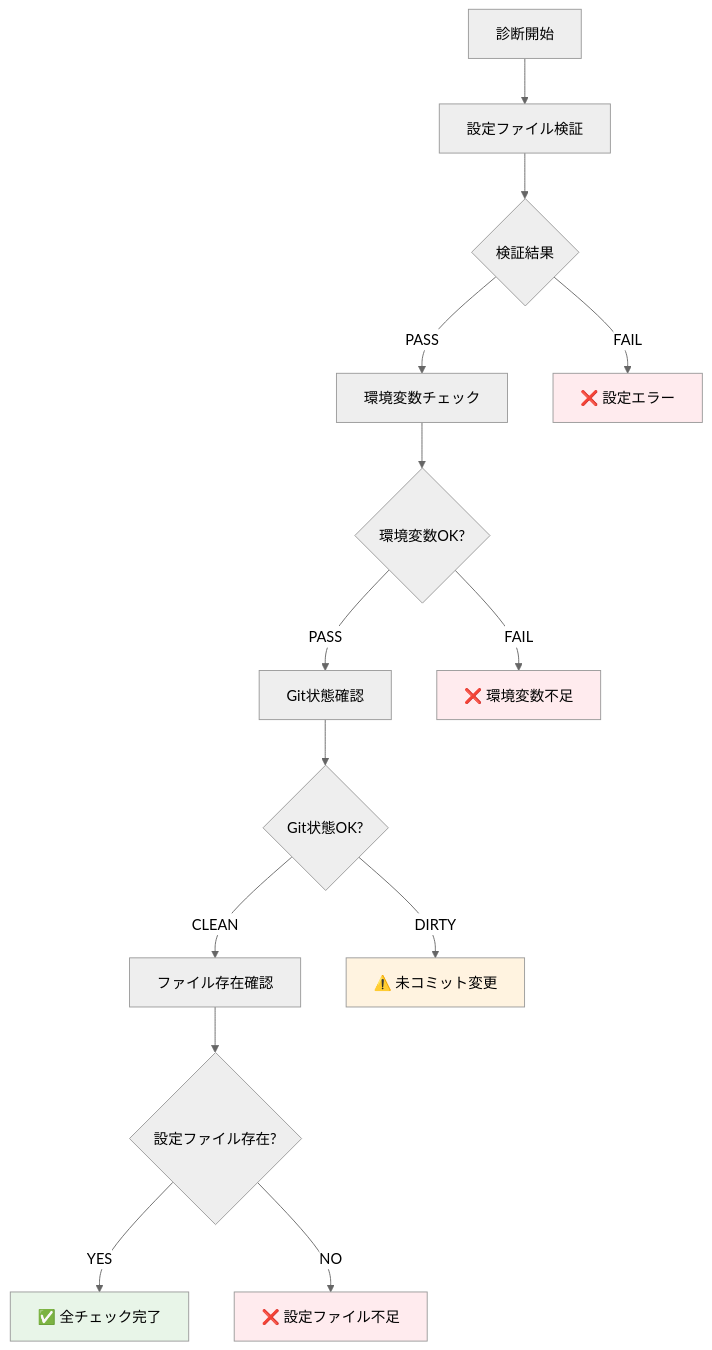
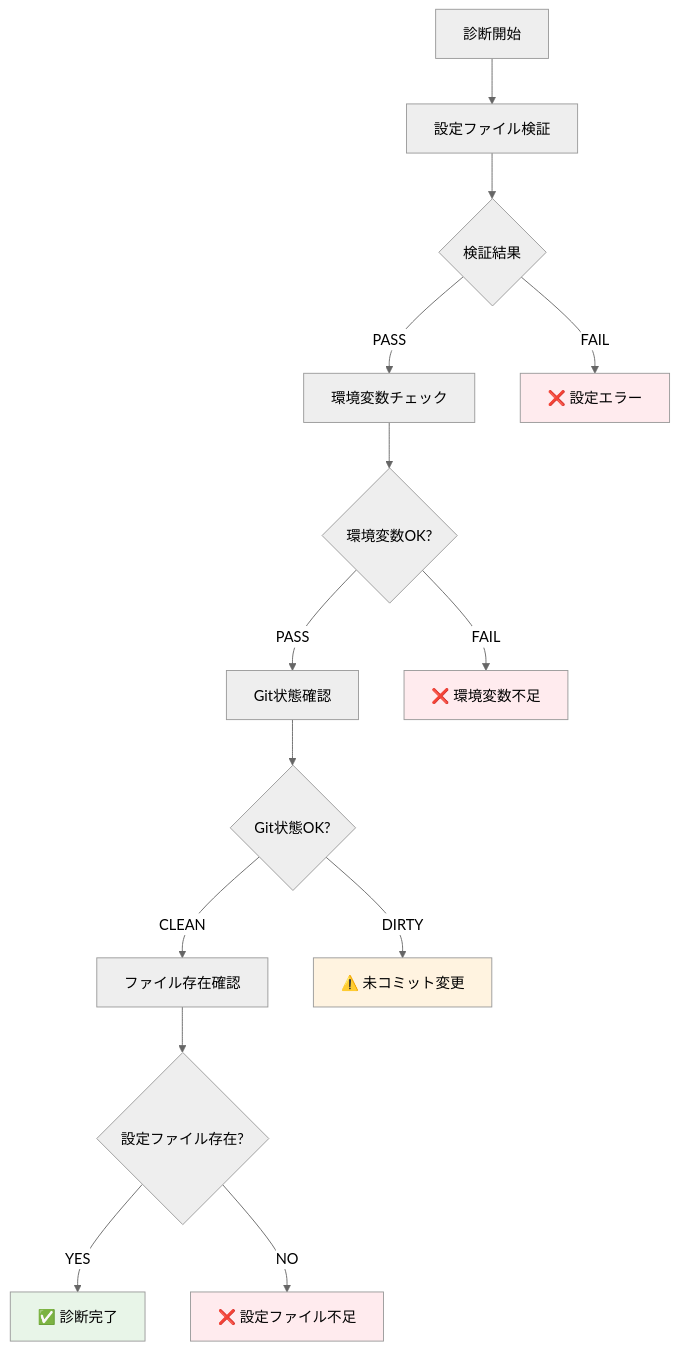
The third of 4 diagrams in .github/scripts/config-manager/README.md (panicboat/monorepo), drawn with Mermaid (neutral theme) before and after one commit. The commit also changed other lines of this file and 5 other files, not shown here.

````diff
--- a/.github/scripts/config-manager/README.md
+++ b/.github/scripts/config-manager/README.md
@@ -93,26 +111,26 @@
 ```mermaid
 graph TD
     A[診断開始] --> B[設定ファイル検証]
     B --> C{検証結果}
 
     C -->|PASS| D[環境変数チェック]
     C -->|FAIL| E[❌ 設定エラー]
 
     D --> F{環境変数OK?}
     F -->|PASS| G[Git状態確認]
     F -->|FAIL| H[❌ 環境変数不足]
 
     G --> I{Git状態OK?}
     I -->|CLEAN| J[ファイル存在確認]
     I -->|DIRTY| K[⚠️ 未コミット変更]
 
     J --> L{設定ファイル存在?}
-    L -->|YES| M[✅ 全チェック完了]
+    L -->|YES| M[✅ 診断完了]
     L -->|NO| N[❌ 設定ファイル不足]
 
     style E fill:#ffebee
     style H fill:#ffebee
     style K fill:#fff3e0
     style M fill:#e8f5e8
     style N fill:#ffebee
 ```
````
